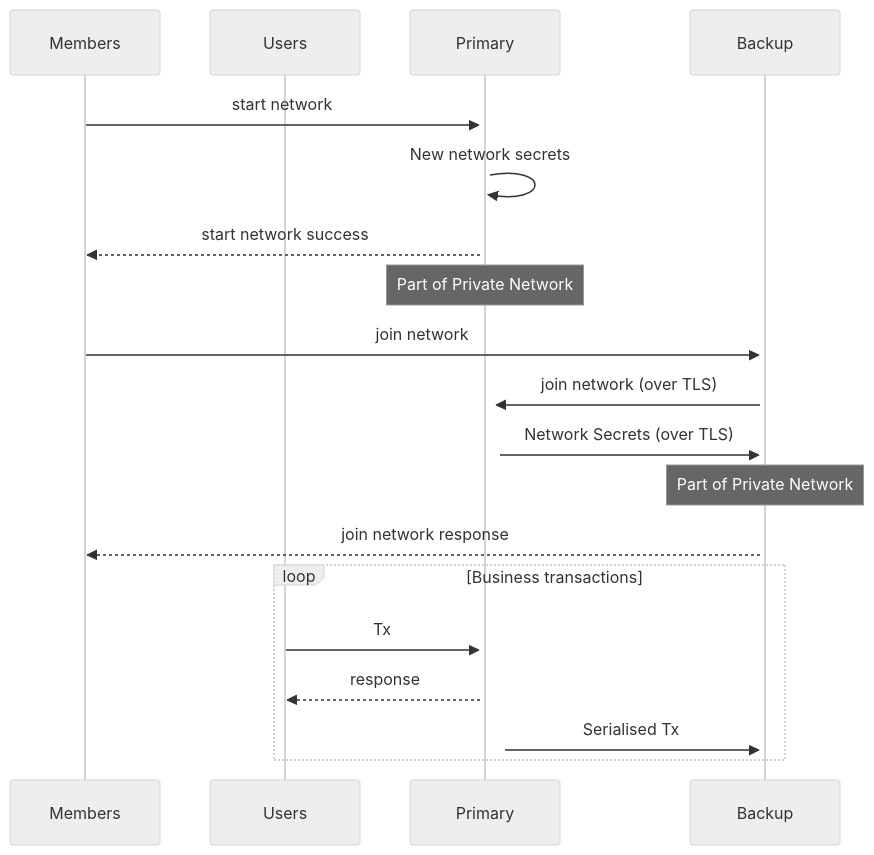
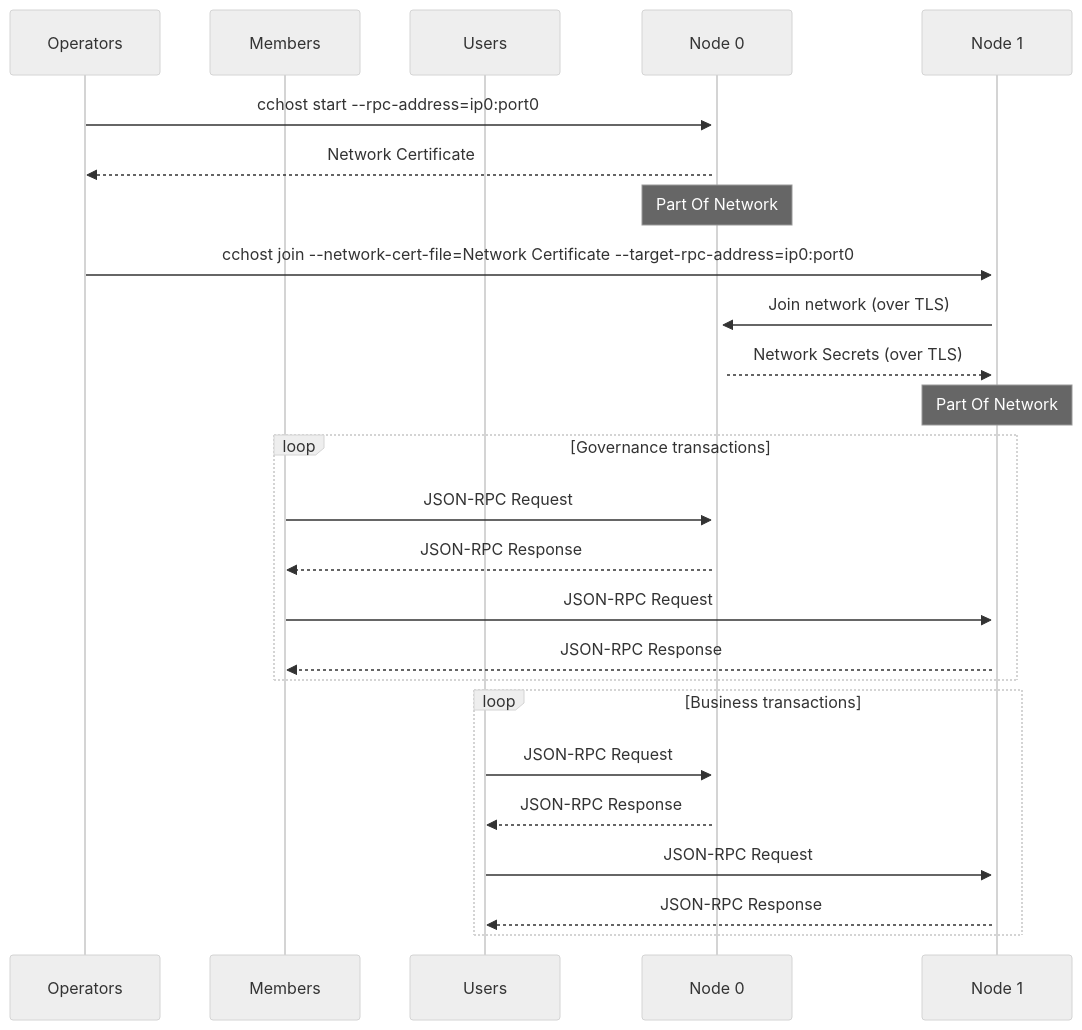
One commit to microsoft/CCF changed the diagram in sphinx/source/start_network.rst. Above: the diagram before and after it, drawn with Mermaid (neutral theme). The commit also changed other lines of this file and 12 other files, not shown here.

```diff
--- a/sphinx/source/start_network.rst
+++ b/sphinx/source/start_network.rst
@@ -97,27 +50,33 @@
 .. mermaid::
 
     sequenceDiagram
+        participant Operators
         participant Members
         participant Users
-        participant Primary
-        participant Backup
+        participant Node 0
+        participant Node 1
 
-        Members->>+Primary: start network
-        Primary->>+Primary: New network secrets
-        Primary-->>Members: start network success
+        Operators->>+Node 0: cchost start --rpc-address=ip0:port0
+        Node 0-->>Operators: Network Certificate
+        Note over Node 0: Part Of Network
 
-        Note over Primary: Part of Private Network
+        Operators->>+Node 1: cchost join --network-cert-file=Network Certificate --target-rpc-address=ip0:port0
 
-        Members->>+Backup: join network
-        Backup->>+Primary: join network (over TLS)
-        Primary->>+Backup: Network Secrets (over TLS)
+        Node 1->>+Node 0: Join network (over TLS)
+        Node 0-->>Node 1: Network Secrets (over TLS)
 
-        Note over Backup: Part of Private Network
+        Note over Node 1: Part Of Network
 
-        Backup-->>Members: join network response
+        loop Governance transactions
+            Members->>+Node 0: JSON-RPC Request
+            Node 0-->>Members: JSON-RPC Response
+            Members->>+Node 1: JSON-RPC Request
+            Node 1-->>Members: JSON-RPC Response
+        end
 
         loop Business transactions
-            Users->>+Primary: Tx
-            Primary-->>Users: response
-            Primary->>+Backup: Serialised Tx
+            Users->>+Node 0: JSON-RPC Request
+            Node 0-->>Users: JSON-RPC Response
+            Users->>+Node 1: JSON-RPC Request
+            Node 1-->>Users: JSON-RPC Response
         end
```
